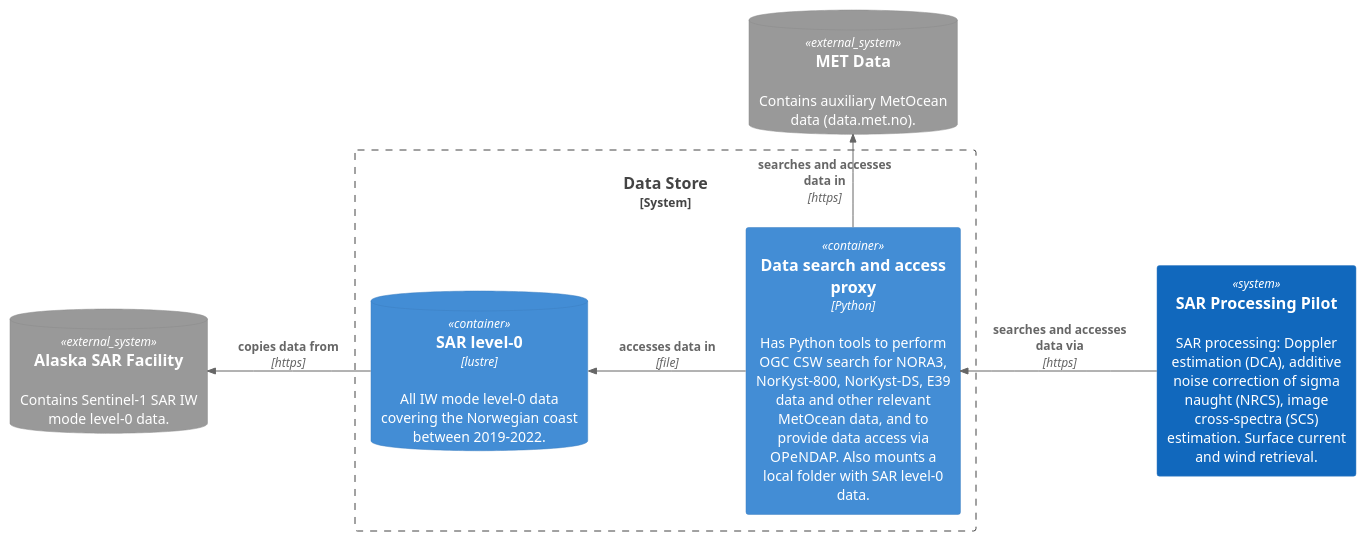
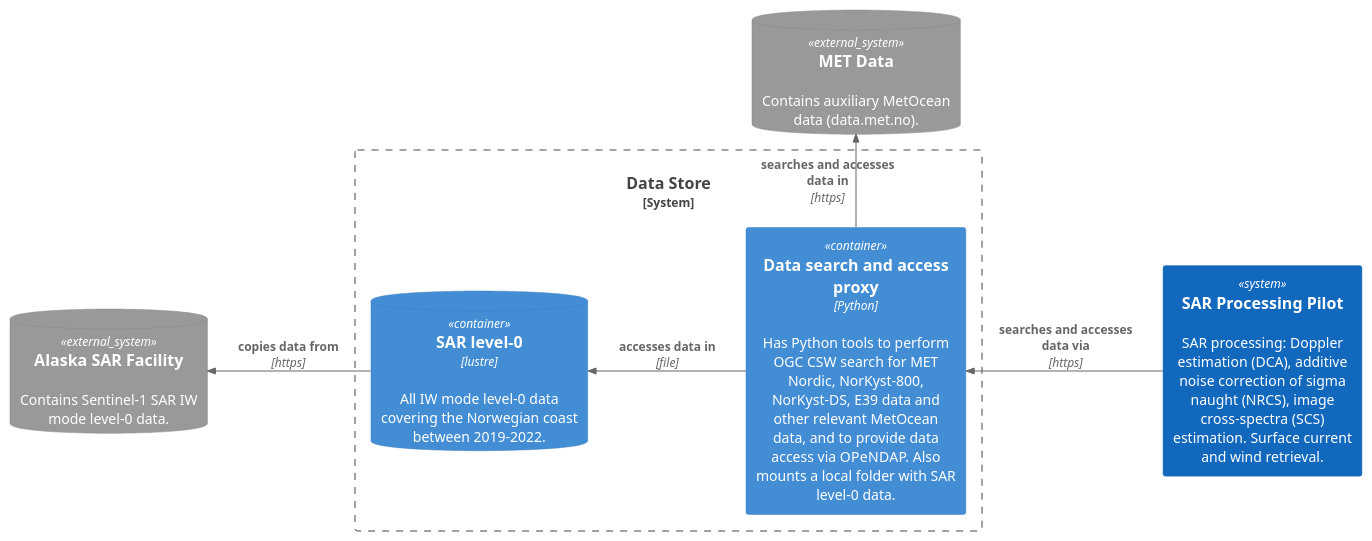
One commit to metno/esa-coscaw-architecture changed the diagram in puml/data-store-container-diagram.puml. Above: the diagram before and after it, drawn with PlantUML. The commit also changed 1 other file, not shown here.

Commit message:
replace NORA3 with MET Nordic

```diff
--- a/puml/data-store-container-diagram.puml
+++ b/puml/data-store-container-diagram.puml
@@ -1,24 +1,24 @@
 @startuml data-store-container-diagram
 !include https://raw.githubusercontent.com/plantuml-stdlib/C4-PlantUML/master/C4_Container.puml
 
 'LAYOUT_TOP_DOWN()
 LAYOUT_LEFT_RIGHT()
 
 SystemDb_Ext(MET_data, "MET Data", "Contains auxiliary MetOcean data (data.met.no).")
 SystemDb_Ext(asf, "Alaska SAR Facility", "Contains Sentinel-1 SAR IW mode level-0 data.")
 
 System(sarproc, "SAR Processing Pilot", "SAR processing: Doppler estimation (DCA), additive noise correction of sigma naught (NRCS), image cross-spectra (SCS) estimation. Surface current and wind retrieval.")
 
 System_Boundary(data, "Data Store"){
 
   ContainerDb(sar_level0, "SAR level-0", "lustre", "All IW mode level-0 data covering the Norwegian coast between 2019-2022.")
-  Container(auxdata, "Data search and access proxy", "Python", "Has Python tools to perform OGC CSW search for NORA3, NorKyst-800, NorKyst-DS, E39 data and other relevant MetOcean data, and to provide data access via OPeNDAP. Also mounts a local folder with SAR level-0 data.")
+  Container(auxdata, "Data search and access proxy", "Python", "Has Python tools to perform OGC CSW search for MET Nordic, NorKyst-800, NorKyst-DS, E39 data and other relevant MetOcean data, and to provide data access via OPeNDAP. Also mounts a local folder with SAR level-0 data.")
 
 }
 
 Rel_U(auxdata, sar_level0, "accesses data in", "file")
 Rel_U(sarproc, auxdata, "searches and accesses data via", "https")
 Rel_U(sar_level0, asf, "copies data from", "https")
 Rel_R(auxdata, MET_data, "searches and accesses data in", "https")
 
 @enduml
```
